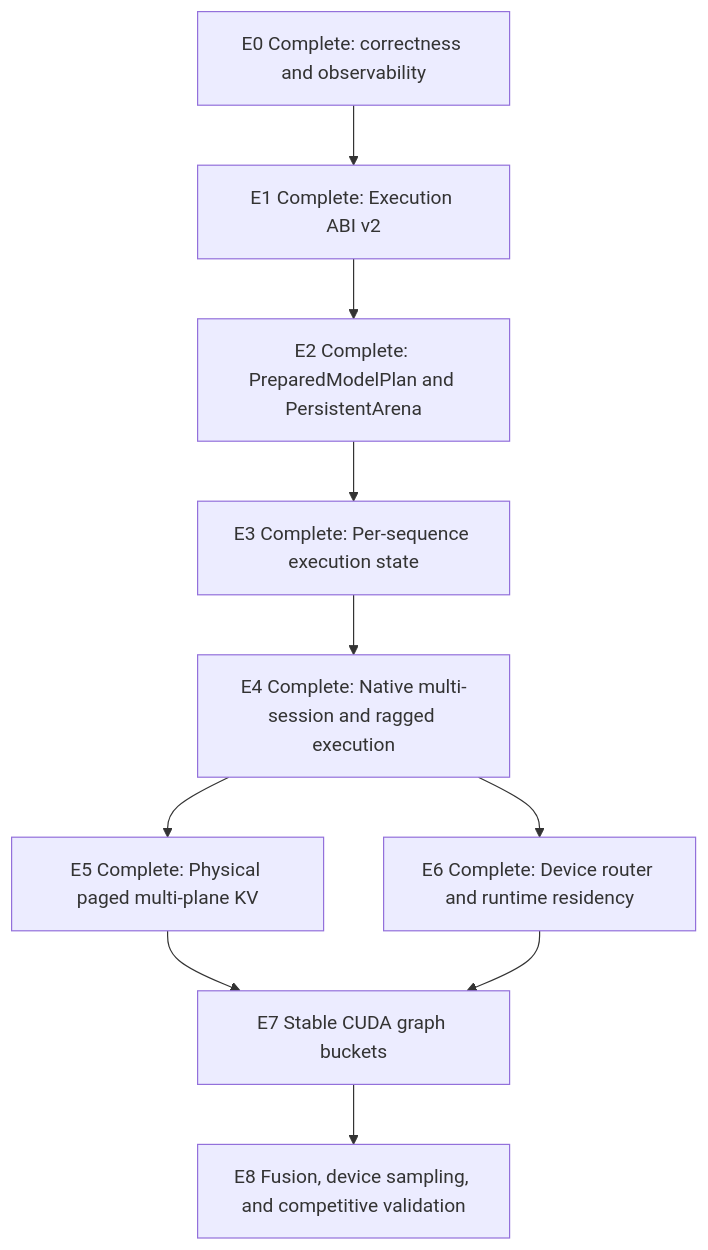
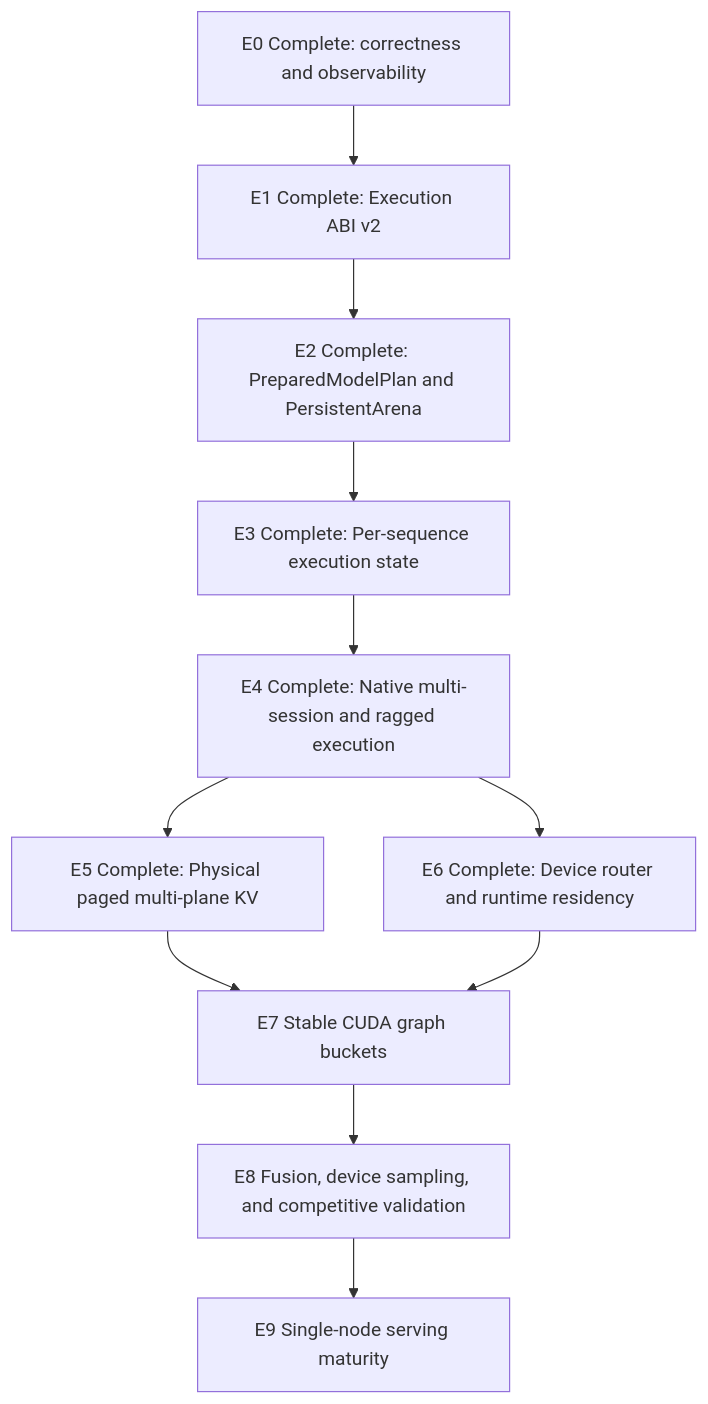
One commit to devillove084/Ferrule changed the diagram in docs/ROADMAP.md. Above: the diagram before and after it, drawn with Mermaid. The commit also changed other lines of this file and 26 other files, not shown here.

````diff
--- a/docs/ROADMAP.md
+++ b/docs/ROADMAP.md
@@ -166,13 +171,14 @@
 ```mermaid
 flowchart TD
     E0[E0 Complete: correctness and observability] --> E1[E1 Complete: Execution ABI v2]
     E1 --> E2[E2 Complete: PreparedModelPlan and PersistentArena]
     E2 --> E3[E3 Complete: Per-sequence execution state]
     E3[E3 Complete: Per-sequence execution state]
     E3 --> E4[E4 Complete: Native multi-session and ragged execution]
     E4 --> E5[E5 Complete: Physical paged multi-plane KV]
     E4 --> E6[E6 Complete: Device router and runtime residency]
     E5 --> E7[E7 Stable CUDA graph buckets]
     E6 --> E7
     E7 --> E8[E8 Fusion, device sampling, and competitive validation]
+    E8 --> E9[E9 Single-node serving maturity]
 ```
````
